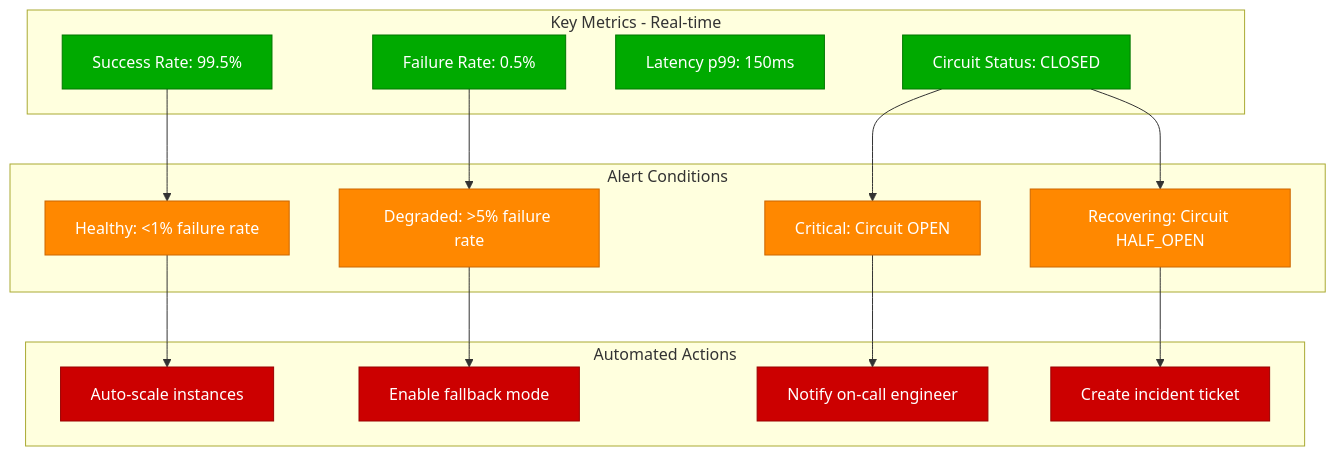
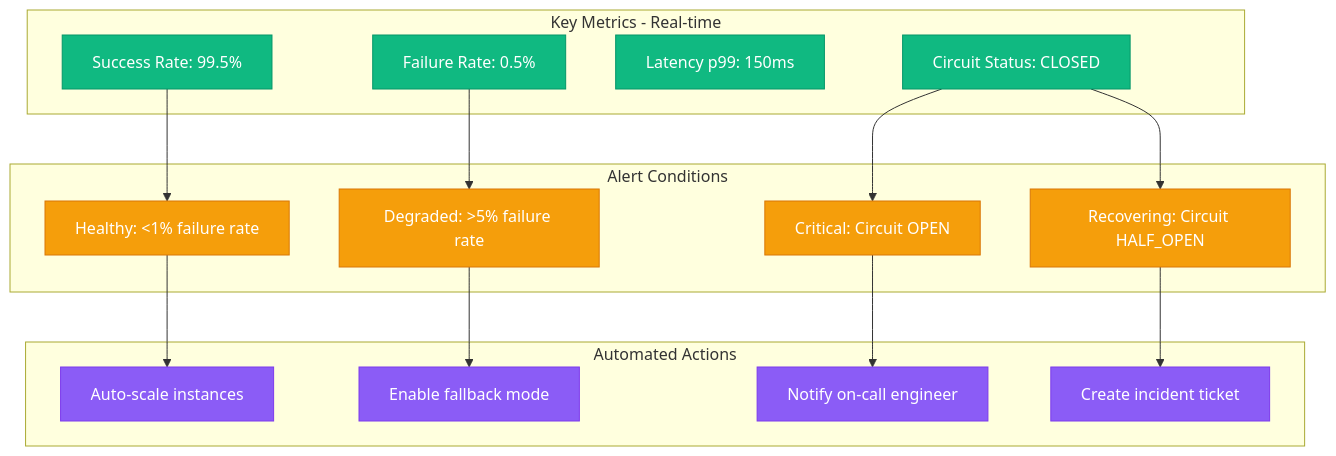
One commit to deepaucksharma/DS changed diagram 14 of 14 in site/docs/examples/implementation.md. Above: the diagram before and after it, drawn with Mermaid. The commit also changed other lines of this file and 303 other files, not shown here.

````diff
--- a/site/docs/examples/implementation.md
+++ b/site/docs/examples/implementation.md
@@ -652,41 +652,41 @@
 ```mermaid
 graph TB
     subgraph Metrics[Key Metrics - Real-time]
         SUCCESS_RATE[Success Rate: 99.5%]
         FAILURE_RATE[Failure Rate: 0.5%]
         LATENCY_P99[Latency p99: 150ms]
         CIRCUIT_STATUS[Circuit Status: CLOSED]
     end
 
     subgraph Alerts[Alert Conditions]
         DEGRADED[Degraded: >5% failure rate]
         CRITICAL[Critical: Circuit OPEN]
         RECOVERING[Recovering: Circuit HALF_OPEN]
         HEALTHY[Healthy: <1% failure rate]
     end
 
     subgraph Actions[Automated Actions]
         SCALE_OUT[Auto-scale instances]
         ENABLE_FALLBACK[Enable fallback mode]
         NOTIFY_ONCALL[Notify on-call engineer]
         INCIDENT_CREATE[Create incident ticket]
     end
 
     SUCCESS_RATE --> HEALTHY
     FAILURE_RATE --> DEGRADED
     CIRCUIT_STATUS --> CRITICAL
     CIRCUIT_STATUS --> RECOVERING
 
     HEALTHY --> SCALE_OUT
     DEGRADED --> ENABLE_FALLBACK
     CRITICAL --> NOTIFY_ONCALL
     RECOVERING --> INCIDENT_CREATE
 
-    classDef metricStyle fill:#00AA00,stroke:#007700,color:#fff
-    classDef alertStyle fill:#FF8800,stroke:#CC6600,color:#fff
-    classDef actionStyle fill:#CC0000,stroke:#990000,color:#fff
+    classDef metricStyle fill:#10B981,stroke:#059669,color:#fff
+    classDef alertStyle fill:#F59E0B,stroke:#D97706,color:#fff
+    classDef actionStyle fill:#8B5CF6,stroke:#7C3AED,color:#fff
 
     class SUCCESS_RATE,FAILURE_RATE,LATENCY_P99,CIRCUIT_STATUS metricStyle
     class DEGRADED,CRITICAL,RECOVERING,HEALTHY alertStyle
     class SCALE_OUT,ENABLE_FALLBACK,NOTIFY_ONCALL,INCIDENT_CREATE actionStyle
 ```
````
